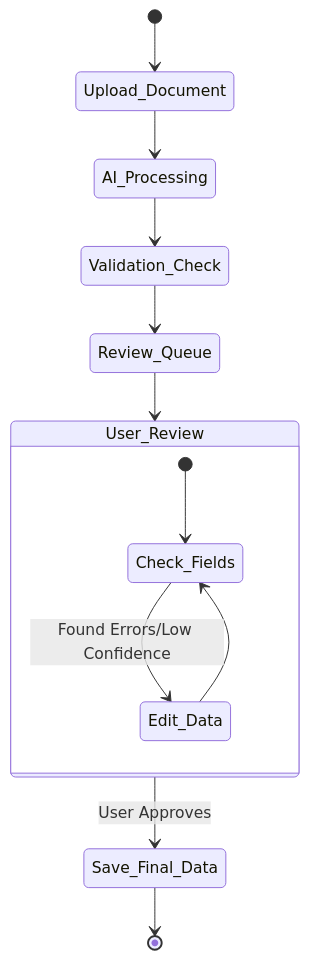
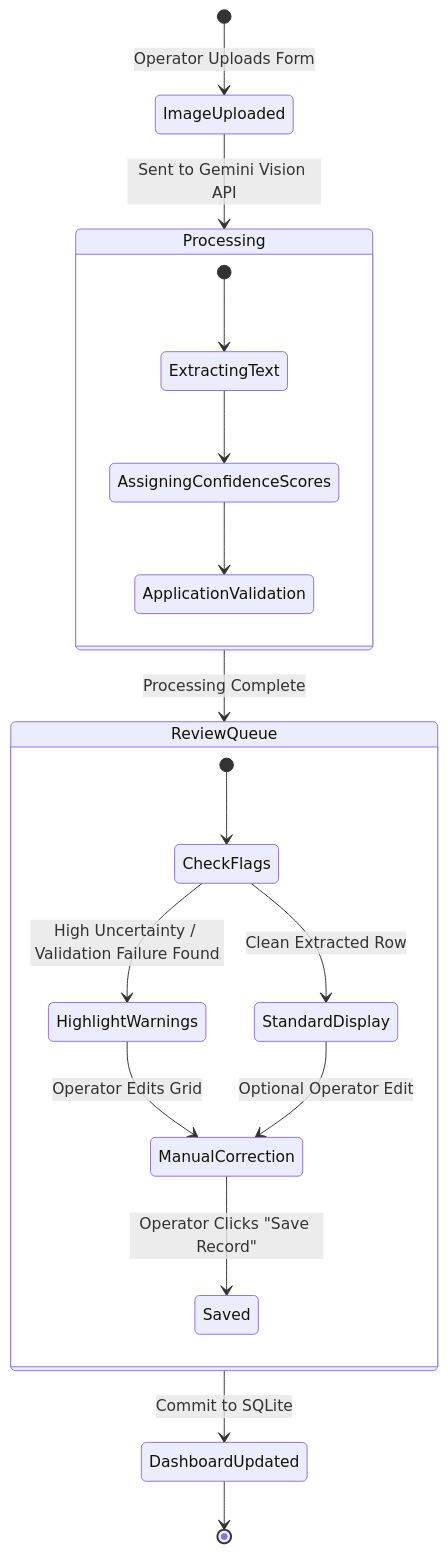
One commit to nanthitha25/biztelai changed the eighth of 8 diagrams in README.md. Above: the diagram before and after it, drawn with Mermaid. The commit also changed other lines of this file, not shown here.

Commit message:
docs: Add Architecture diagram and expand Sequence diagrams

````diff
--- a/README.md
+++ b/README.md
@@ -143,17 +197,25 @@
 ```mermaid
 stateDiagram-v2
-    [*] --> Upload_Document
-    Upload_Document --> AI_Processing
-    AI_Processing --> Validation_Check
-    Validation_Check --> Review_Queue
-    Review_Queue --> User_Review
+    [*] --> ImageUploaded : Operator Uploads Form
+    ImageUploaded --> Processing : Sent to Gemini Vision API
     
-    state User_Review {
-        [*] --> Check_Fields
-        Check_Fields --> Edit_Data : Found Errors/Low Confidence
-        Edit_Data --> Check_Fields
+    state Processing {
+        [*] --> ExtractingText
+        ExtractingText --> AssigningConfidenceScores
+        AssigningConfidenceScores --> ApplicationValidation
     }
     
-    User_Review --> Save_Final_Data : User Approves
-    Save_Final_Data --> [*]
+    Processing --> ReviewQueue : Processing Complete
+    
+    state ReviewQueue {
+        [*] --> CheckFlags
+        CheckFlags --> HighlightWarnings : High Uncertainty / Validation Failure Found
+        CheckFlags --> StandardDisplay : Clean Extracted Row
+        HighlightWarnings --> ManualCorrection : Operator Edits Grid
+        StandardDisplay --> ManualCorrection : Optional Operator Edit
+        ManualCorrection --> Saved : Operator Clicks "Save Record"
+    }
+    
+    ReviewQueue --> DashboardUpdated : Commit to SQLite
+    DashboardUpdated --> [*]
 ```
````
